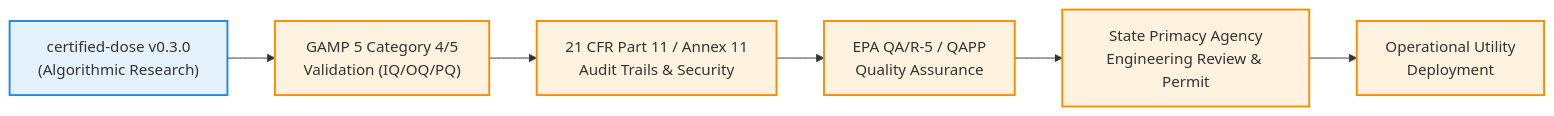
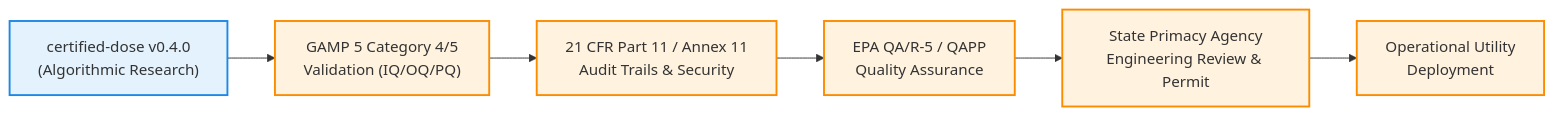
One commit to rajveersinh-is-dev/certified-dose changed the diagram in docs/REGULATORY_CONTEXT.md. Above: the diagram before and after it, drawn with Mermaid. The commit also changed 5 other files, not shown here.

````diff
--- a/docs/REGULATORY_CONTEXT.md
+++ b/docs/REGULATORY_CONTEXT.md
@@ -70,13 +70,13 @@
 ```mermaid
 flowchart LR
-    A["certified-dose v0.3.0<br/>(Algorithmic Research)"] --> B["GAMP 5 Category 4/5<br/>Validation (IQ/OQ/PQ)"]
+    A["certified-dose v0.4.0<br/>(Algorithmic Research)"] --> B["GAMP 5 Category 4/5<br/>Validation (IQ/OQ/PQ)"]
     B --> C["21 CFR Part 11 / Annex 11<br/>Audit Trails & Security"]
     C --> D["EPA QA/R-5 / QAPP<br/>Quality Assurance"]
     D --> E["State Primacy Agency<br/>Engineering Review & Permit"]
     E --> F["Operational Utility<br/>Deployment"]
 
     classDef current fill:#e3f2fd,stroke:#1e88e5,stroke-width:2px;
     classDef gap fill:#fff3e0,stroke:#fb8c00,stroke-width:2px;
     class A current;
     class B,C,D,E,F gap;
 ```
````
